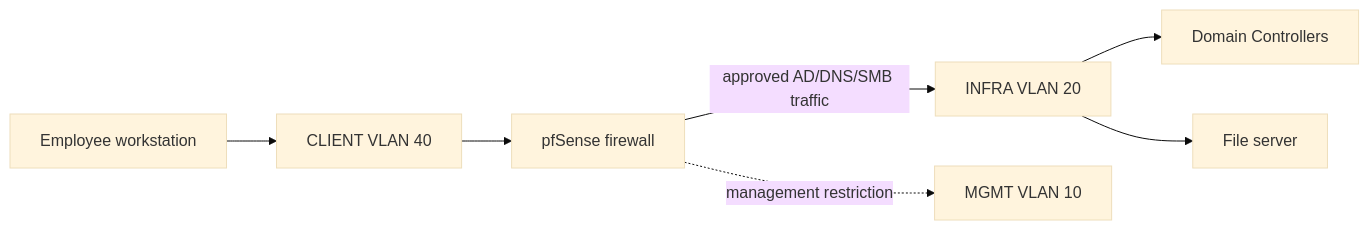
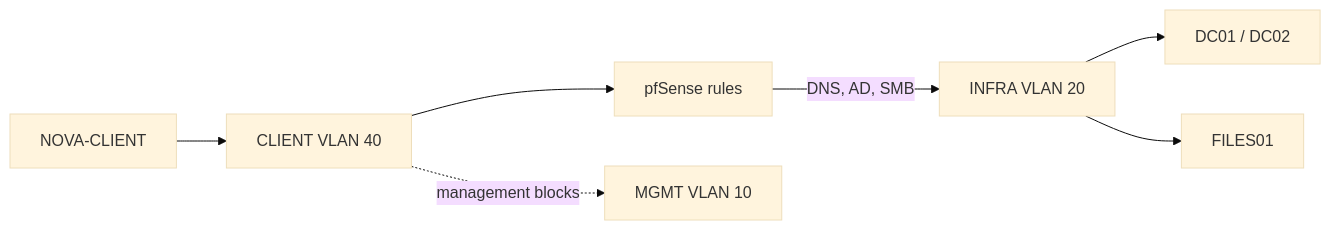
One commit to EtiDavid/Nova-Corp changed the diagram in docs/explore/NETWORK.md. Above: the diagram before and after it, drawn with Mermaid (base theme). The commit also changed other lines of this file, not shown here.

Commit message:
Reconcile NETWORK.md with verified B01 pfSense export

````diff
--- a/docs/explore/NETWORK.md
+++ b/docs/explore/NETWORK.md
@@ -20,9 +24,9 @@
 ```mermaid
 flowchart LR
-    PC["Employee workstation"] --> V40["CLIENT VLAN 40"]
-    V40 --> FW["pfSense firewall"]
-    FW -->|approved AD/DNS/SMB traffic| V20["INFRA VLAN 20"]
-    FW -.->|management restriction| MGMT["MGMT VLAN 10"]
-    V20 --> DC["Domain Controllers"]
-    V20 --> FS["File server"]
+    PC["NOVA-CLIENT"] --> CLIENT["CLIENT VLAN 40"]
+    CLIENT --> FW["pfSense rules"]
+    FW -->|DNS, AD, SMB| INFRA["INFRA VLAN 20"]
+    INFRA --> DC["DC01 / DC02"]
+    INFRA --> FS["FILES01"]
+    CLIENT -.->|management blocks| MGMT["MGMT VLAN 10"]
 ```
````
